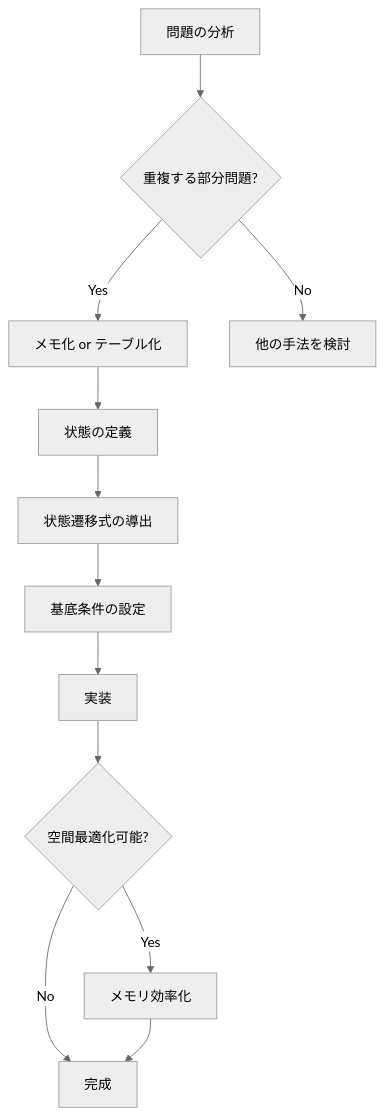
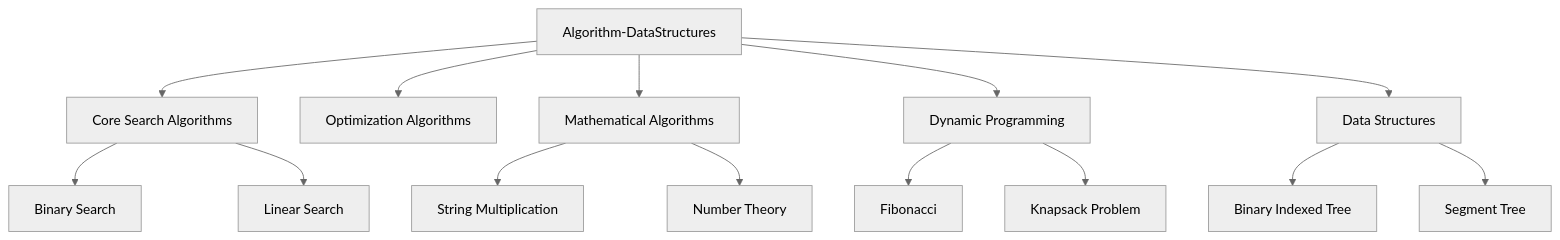
Before and after one commit to myoshi2891/Algorithm-DataStructures-Math-SQL: the first of 3 diagrams in README.md, drawn with Mermaid (neutral theme). The commit also changed other lines of this file, not shown here.

````diff
--- a/README.md
+++ b/README.md
@@ -136,14 +23,20 @@
 ```mermaid
 graph TD
-    A[問題の分析] --> B{重複する部分問題?}
-    B -->|Yes| C[メモ化 or テーブル化]
-    B -->|No| D[他の手法を検討]
-    C --> E[状態の定義]
-    E --> F[状態遷移式の導出]
-    F --> G[基底条件の設定]
-    G --> H[実装]
-    H --> I{空間最適化可能?}
-    I -->|Yes| J[メモリ効率化]
-    I -->|No| K[完成]
-    J --> K
+    A[Algorithm-DataStructures] --> B[Core Search Algorithms]
+    A --> C[Optimization Algorithms]
+    A --> D[Mathematical Algorithms]
+    A --> E[Dynamic Programming]
+    A --> F[Data Structures]
+    
+    B --> G[Binary Search]
+    B --> H[Linear Search]
+    
+    D --> I[String Multiplication]
+    D --> J[Number Theory]
+    
+    E --> K[Fibonacci]
+    E --> L[Knapsack Problem]
+    
+    F --> M[Binary Indexed Tree]
+    F --> N[Segment Tree]
 ```
````
